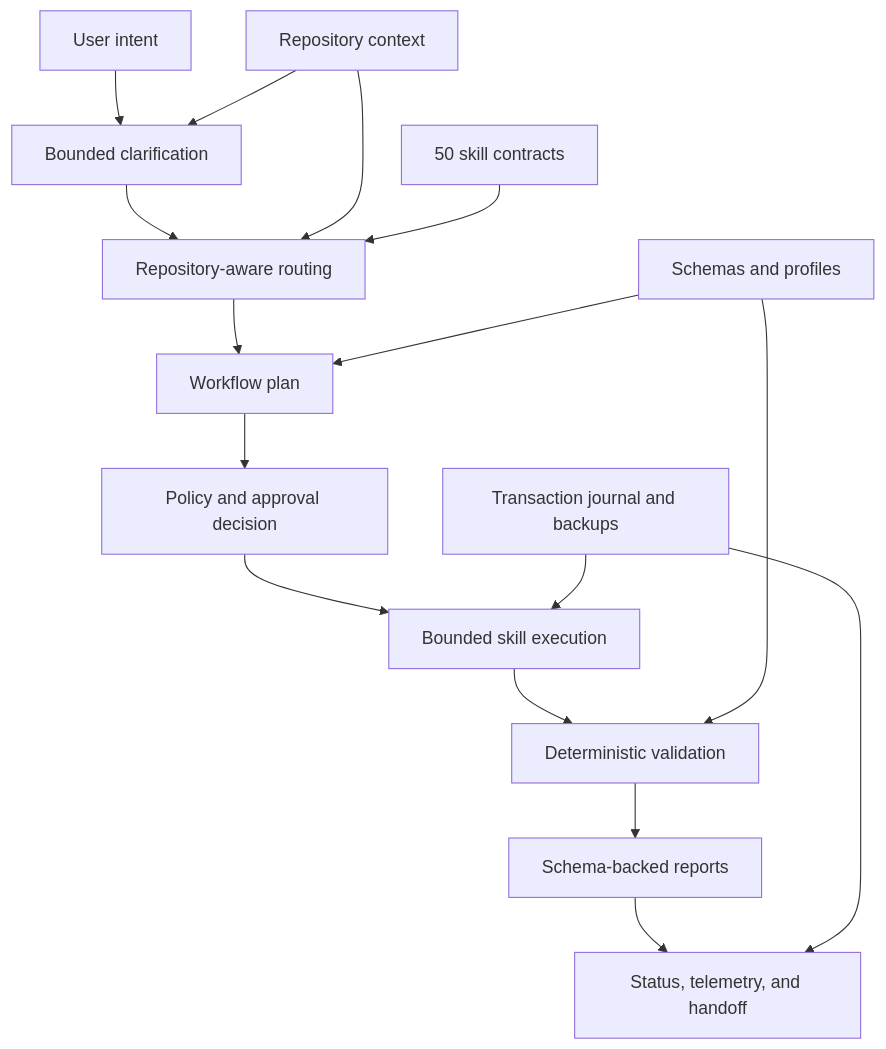
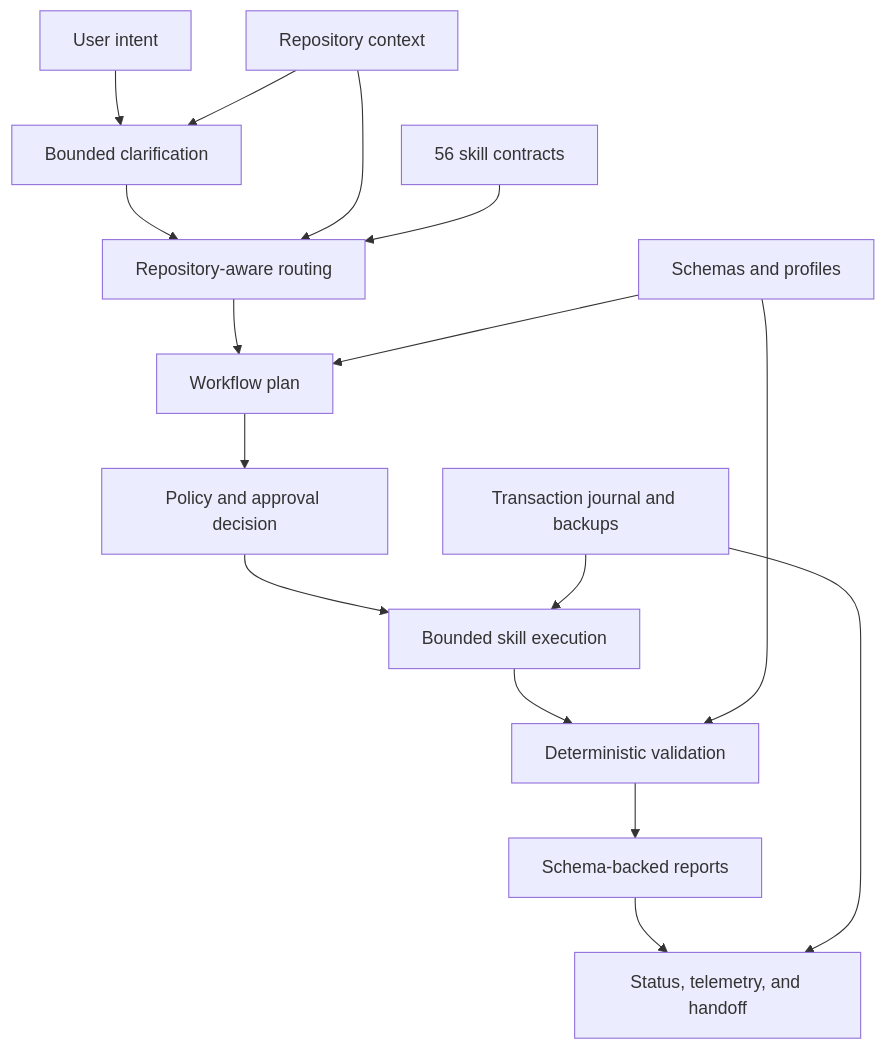
One commit to QuyDu/Project-Orchestrator changed the first of 2 diagrams in docs/PROJECT-OVERVIEW.md. Above: the diagram before and after it, drawn with Mermaid. The commit also changed other lines of this file and 19 other files, not shown here.

````diff
--- a/docs/PROJECT-OVERVIEW.md
+++ b/docs/PROJECT-OVERVIEW.md
@@ -134,19 +134,19 @@
 ```mermaid
 flowchart TD
     A[User intent] --> B[Bounded clarification]
     B --> C[Repository-aware routing]
     C --> D[Workflow plan]
     D --> E[Policy and approval decision]
     E --> F[Bounded skill execution]
     F --> G[Deterministic validation]
     G --> H[Schema-backed reports]
     H --> I[Status, telemetry, and handoff]
 
     J[Repository context] --> B
     J --> C
-    K[50 skill contracts] --> C
+    K[56 skill contracts] --> C
     L[Schemas and profiles] --> D
     L --> G
     M[Transaction journal and backups] --> F
     M --> I
 ```
````
